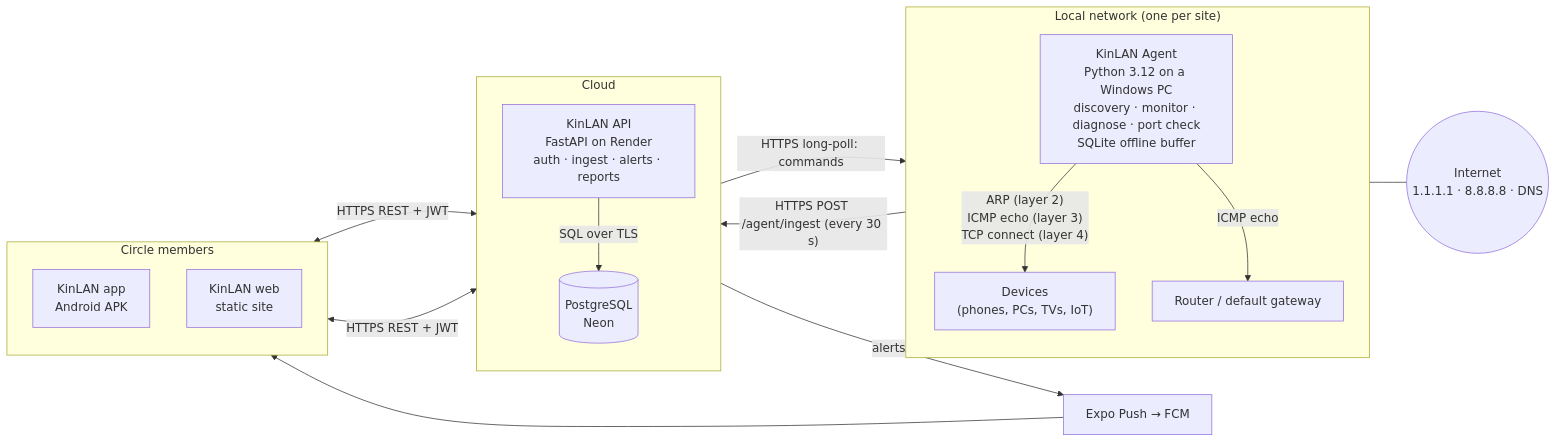
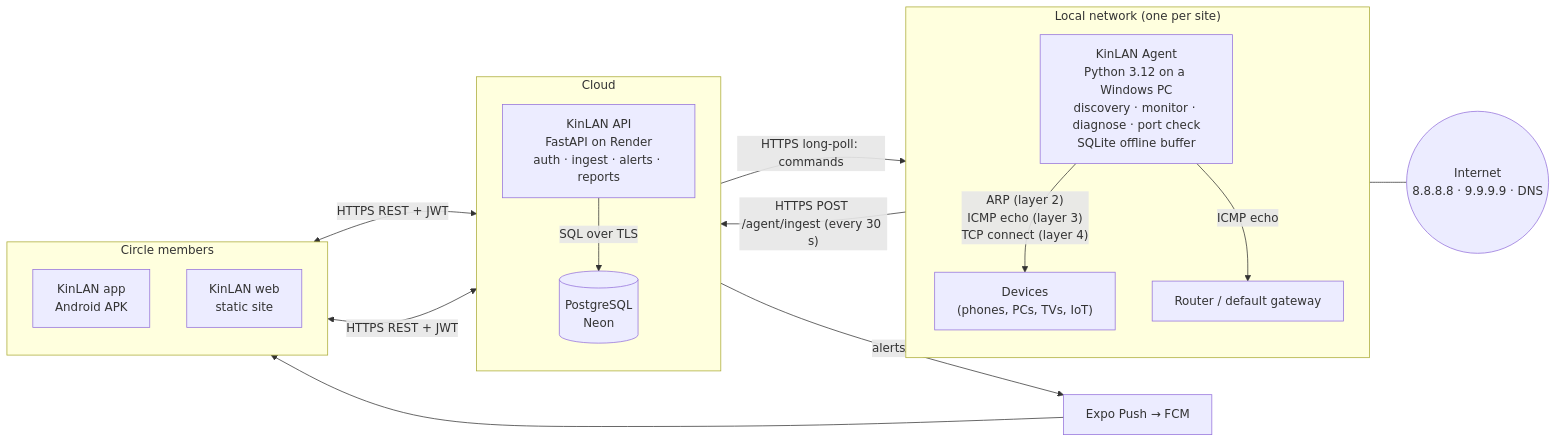
One commit to KirkGamo/kinlan changed the first of 6 diagrams in docs/diagrams/chapter2_diagrams.md. Above: the diagram before and after it, drawn with Mermaid. The commit also changed other lines of this file and 10 other files, not shown here.

````diff
--- a/docs/diagrams/chapter2_diagrams.md
+++ b/docs/diagrams/chapter2_diagrams.md
@@ -11,34 +11,34 @@
 ```mermaid
 flowchart LR
     subgraph LAN["Local network (one per site)"]
         direction TB
         D1["Devices<br/>(phones, PCs, TVs, IoT)"]
         GW["Router / default gateway"]
         AG["KinLAN Agent<br/>Python 3.12 on a Windows PC<br/>discovery · monitor · diagnose · port check<br/>SQLite offline buffer"]
         AG -- "ARP (layer 2)<br/>ICMP echo (layer 3)<br/>TCP connect (layer 4)" --> D1
         AG -- "ICMP echo" --> GW
     end
 
     subgraph CLOUD["Cloud"]
         direction TB
         API["KinLAN API<br/>FastAPI on Render<br/>auth · ingest · alerts · reports"]
         DB[("PostgreSQL<br/>Neon")]
         API -- "SQL over TLS" --> DB
     end
 
     subgraph CLIENTS["Circle members"]
         direction TB
         APP["KinLAN app<br/>Android APK"]
         WEB["KinLAN web<br/>static site"]
     end
 
     PUSH["Expo Push → FCM"]
-    NET(("Internet<br/>1.1.1.1 · 8.8.8.8 · DNS"))
+    NET(("Internet<br/>8.8.8.8 · 9.9.9.9 · DNS"))
 
     GW --- NET
     AG -- "HTTPS POST /agent/ingest (every 30 s)" --> API
     API -- "HTTPS long-poll: commands" --> AG
     APP <-- "HTTPS REST + JWT" --> API
     WEB <-- "HTTPS REST + JWT" --> API
     API -- "alerts" --> PUSH --> APP
 ```
````
